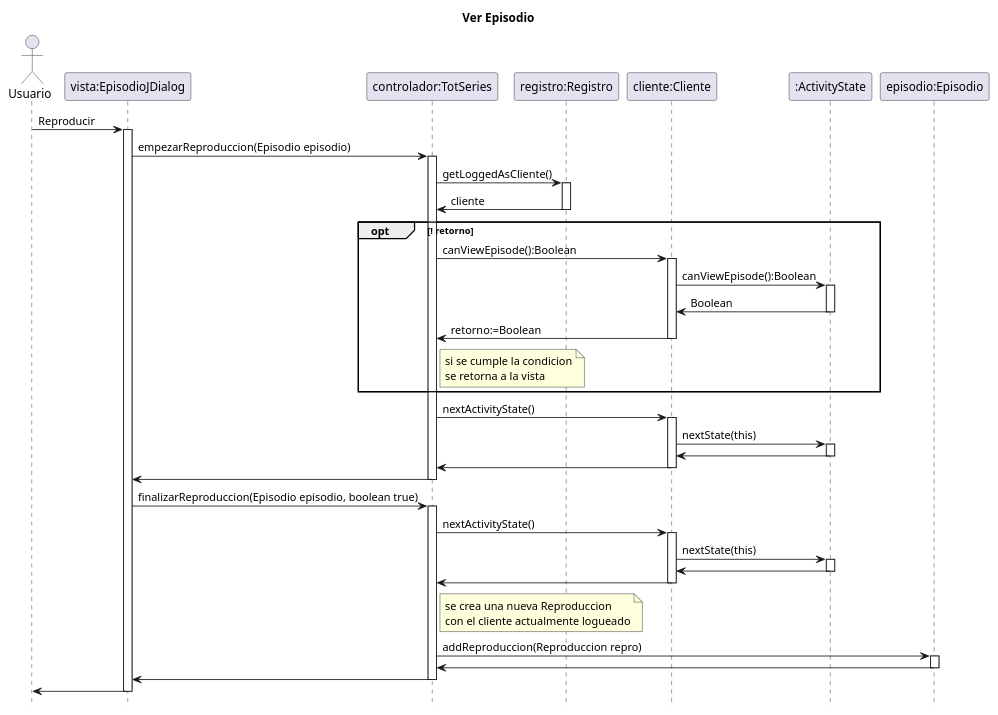
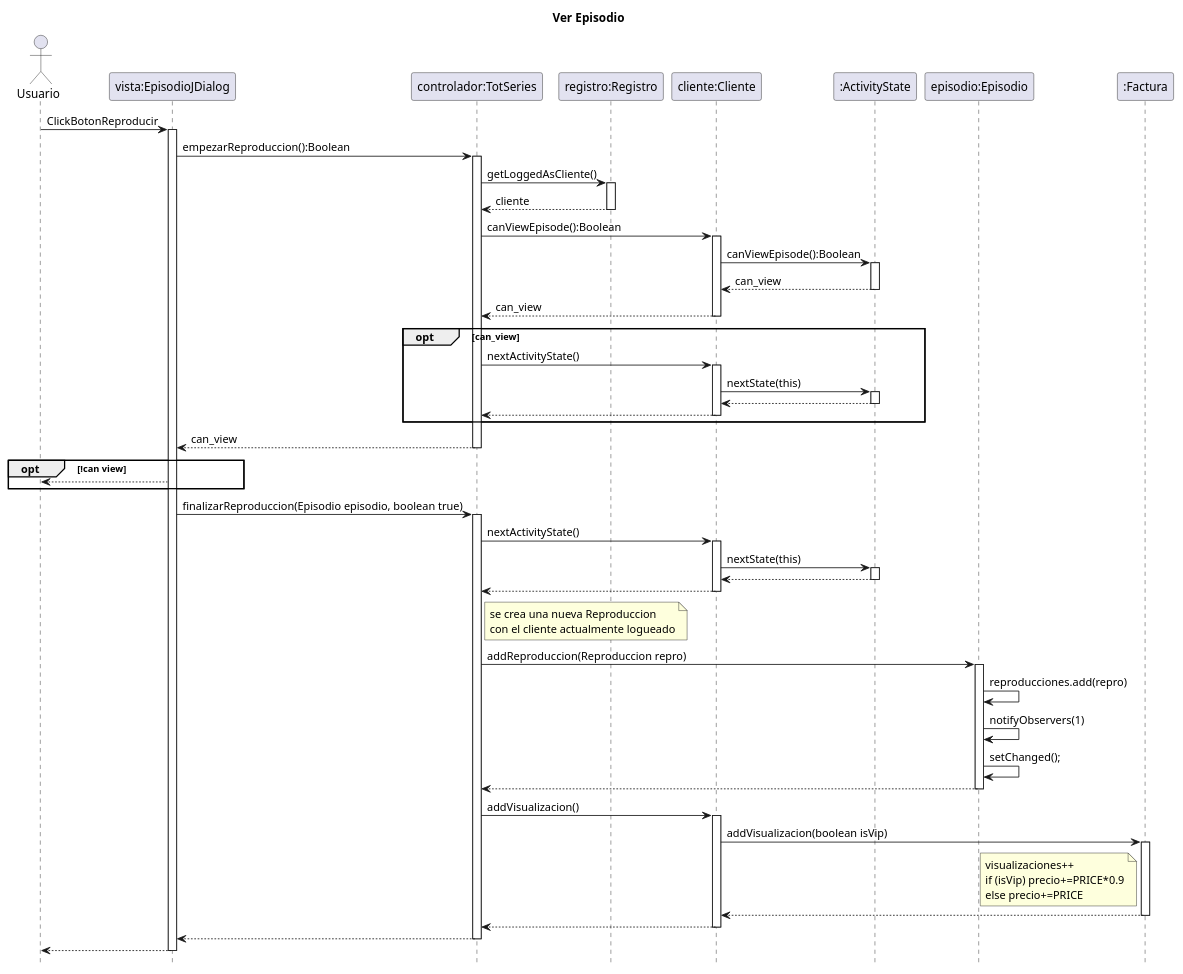
Before and after one commit to MrViciao/TotSeries: the diagram in src/totseries/Uml/Secuencia/Diagrama de Secuencia Ver Episodio.puml, drawn with PlantUML. The commit also changed 2 other files, not shown here.

Commit message:
Modificaco codigo y diagrama de VerEpisodio

```diff
--- a/src/totseries/Uml/Secuencia/Diagrama de Secuencia Ver Episodio.puml
+++ b/src/totseries/Uml/Secuencia/Diagrama de Secuencia Ver Episodio.puml
@@ -1,67 +1,97 @@
 @startuml
 title		Ver Episodio
 hide	footbox
 
 actor	Usuario as usuario
 participant "vista:EpisodioJDialog" as vista
 participant "controlador:TotSeries" as totseries
 participant "registro:Registro" as registro
 participant "cliente:Cliente" as cliente
 participant ":ActivityState" as state
 participant "episodio:Episodio" as episodio
+participant ":Factura" as factura
 
-usuario -> vista : Reproducir
+usuario -> vista : ClickBotonReproducir
 activate vista
-vista ->totseries : empezarReproduccion(Episodio episodio)
+vista ->totseries : empezarReproduccion():Boolean
 activate totseries
 totseries -> registro : getLoggedAsCliente()
 activate registro
-registro -> totseries : cliente
+registro --> totseries : cliente
 deactivate registro
-    opt ! retorno
-        totseries -> cliente : canViewEpisode():Boolean
-        activate cliente
-        cliente -> state : canViewEpisode():Boolean
-        activate state
-        state -> cliente : Boolean
-        deactivate state
-        cliente -> totseries : retorno:=Boolean
-        deactivate cliente
-        note right totseries
-            si se cumple la condicion
-            se retorna a la vista
-        end note
-    end opt
-totseries -> cliente: nextActivityState()
+'
+totseries -> cliente : canViewEpisode():Boolean
 activate cliente
-cliente -> state:nextState(this)
+cliente -> state : canViewEpisode():Boolean
 activate state
-state -> cliente
+state --> cliente : can_view
 deactivate state
-cliente -> totseries
+cliente --> totseries : can_view
 deactivate cliente
-totseries ->vista
-deactivate totseries
+'  
+opt can_view
+
+    totseries -> cliente: nextActivityState()
+    activate cliente
+    cliente -> state:nextState(this)
+    activate state
+    state --> cliente
+    deactivate state
+    cliente --> totseries
+    deactivate cliente
+    
+end opt
+
+totseries -->vista: can_view
+    deactivate totseries
+
+opt !can view
+    vista --> usuario
+end opt
+
 vista -> totseries : finalizarReproduccion(Episodio episodio, boolean true)
 activate totseries
 totseries -> cliente : nextActivityState()
 activate cliente
 cliente -> state : nextState(this)
 activate state
-state -> cliente
+state --> cliente
 deactivate state
-cliente -> totseries
+cliente --> totseries
 deactivate cliente
+
+
 note right totseries
     se crea una nueva Reproduccion
     con el cliente actualmente logueado
 end note
+
+
 totseries -> episodio :addReproduccion(Reproduccion repro)
 activate episodio
-episodio -> totseries
+episodio ->episodio: reproducciones.add(repro)
+episodio ->episodio: notifyObservers(1)
+episodio ->episodio: setChanged();
+episodio --> totseries
 deactivate episodio
-totseries -> vista
+
+
+totseries -> cliente: addVisualizacion()
+activate cliente
+cliente -> factura: addVisualizacion(boolean isVip)
+activate factura
+note left factura
+    visualizaciones++
+    if (isVip) precio+=PRICE*0.9
+    else precio+=PRICE
+end note
+factura --> cliente
+deactivate factura
+cliente --> totseries
+deactivate cliente
+
+totseries --> vista
 deactivate totseries
-vista -> usuario
+vista --> usuario
 deactivate vista
 @enduml
```
